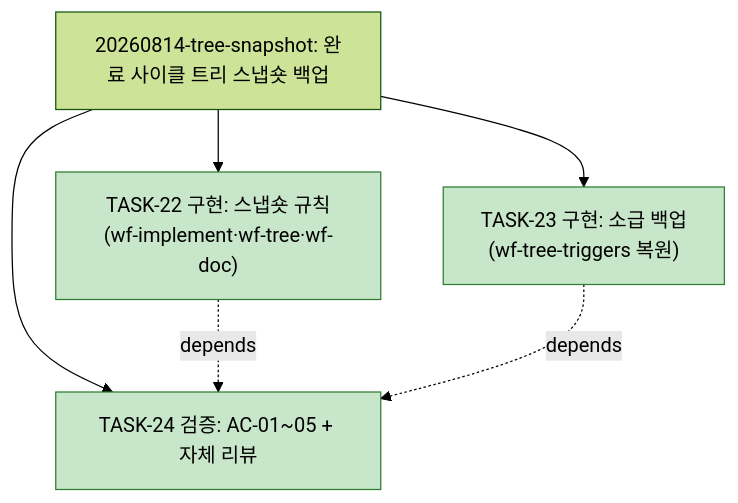
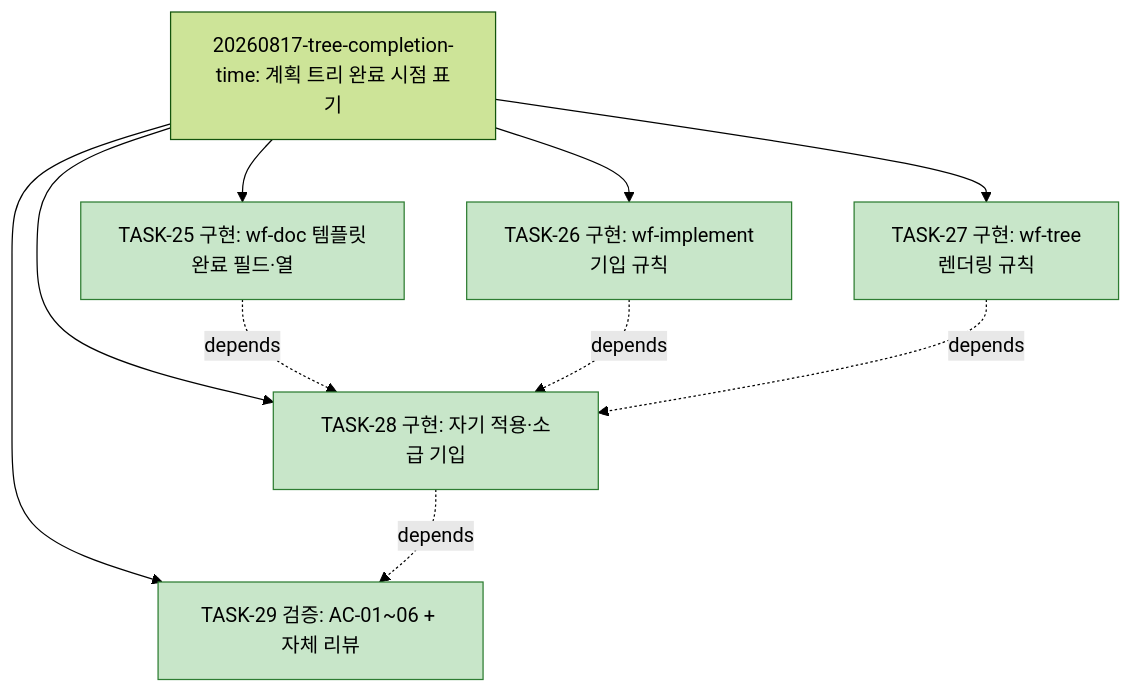
The diagram in docs/plan.md (bluesky5008/llm_workflow), drawn with Mermaid (forest theme) before and after one commit. The commit also changed other lines of this file and 5 other files, not shown here.

Commit message:
계획 트리 완료 시점 표기 신설: 기준선 v1 승인, 완료 필드(plan·status 템플릿)와 completed 전이 기입 규칙, ASCII 우측 끝 렌더링 규칙 반영과 소급 기입 5건·자기 적용 검증(AC 6/6)

````diff
--- a/docs/plan.md
+++ b/docs/plan.md
@@ -47,12 +50,16 @@
 ```mermaid
 flowchart TD
-    ROOT["20260814-tree-snapshot: 완료 사이클 트리 스냅숏 백업"] --> T22["TASK-22 구현: 스냅숏 규칙<br/>(wf-implement·wf-tree·wf-doc)"]:::done
-    ROOT --> T23["TASK-23 구현: 소급 백업<br/>(wf-tree-triggers 복원)"]:::done
-    ROOT --> T24["TASK-24 검증: AC-01~05 + 자체 리뷰"]:::done
-    T22 -. depends .-> T24
-    T23 -. depends .-> T24
+    ROOT["20260817-tree-completion-time: 계획 트리 완료 시점 표기"] --> T25["TASK-25 구현: wf-doc 템플릿<br/>완료 필드·열"]:::done
+    ROOT --> T26["TASK-26 구현: wf-implement<br/>기입 규칙"]:::done
+    ROOT --> T27["TASK-27 구현: wf-tree<br/>렌더링 규칙"]:::done
+    ROOT --> T28["TASK-28 구현: 자기 적용·소급 기입"]:::done
+    ROOT --> T29["TASK-29 검증: AC-01~06 + 자체 리뷰"]:::done
+    T25 -. depends .-> T28
+    T26 -. depends .-> T28
+    T27 -. depends .-> T28
+    T28 -. depends .-> T29
     classDef done fill:#c8e6c9,stroke:#2e7d32
     classDef active fill:#fff9c4,stroke:#f9a825
     classDef todo fill:#eceff1,stroke:#90a4ae
     classDef gate fill:#ffcdd2,stroke:#c62828
 ```
````
